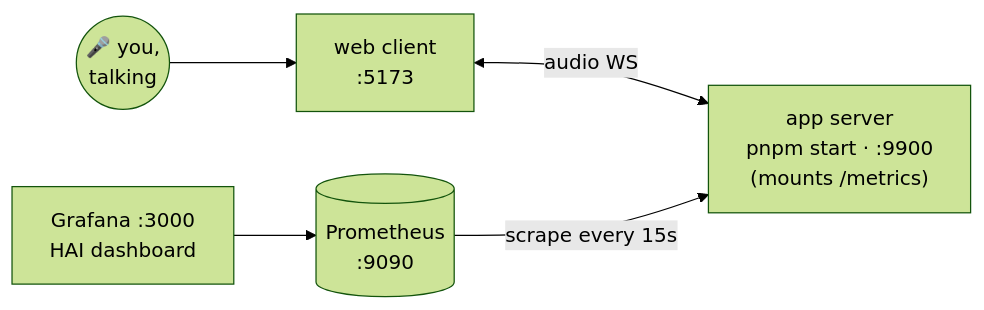
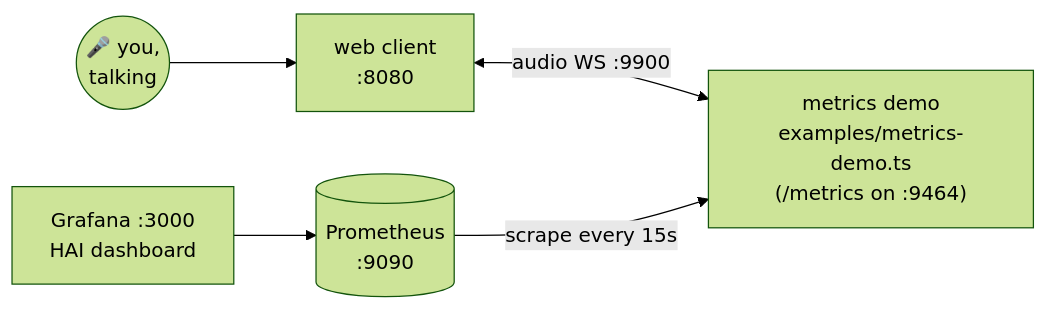
The third of 11 diagrams in docs/guide/observability.md (randombet/bodhi_realtime_agent), drawn with Mermaid (forest theme) before and after one commit. The commit also changed other lines of this file and 28 other files, not shown here.

First line of the commit message:
docs: point run instructions at framework examples instead of the app

````diff
--- a/docs/guide/observability.md
+++ b/docs/guide/observability.md
@@ -129,7 +129,7 @@
 ```mermaid
 flowchart LR
-  YOU(("🎤 you,<br/>talking")) --> WC[web client<br/>:5173]
-  WC <-->|audio WS| APP["app server<br/>pnpm start · :9900<br/>(mounts /metrics)"]
+  YOU(("🎤 you,<br/>talking")) --> WC[web client<br/>:8080]
+  WC <-->|audio WS :9900| APP["metrics demo<br/>examples/metrics-demo.ts<br/>(/metrics on :9464)"]
   PROM[(Prometheus<br/>:9090)] -->|scrape every 15s| APP
   GRAF[Grafana :3000<br/>HAI dashboard] --> PROM
 ```
````
